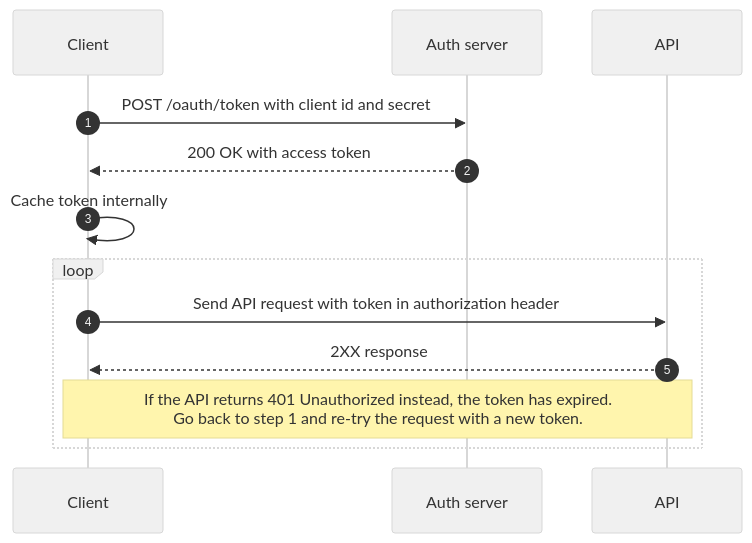
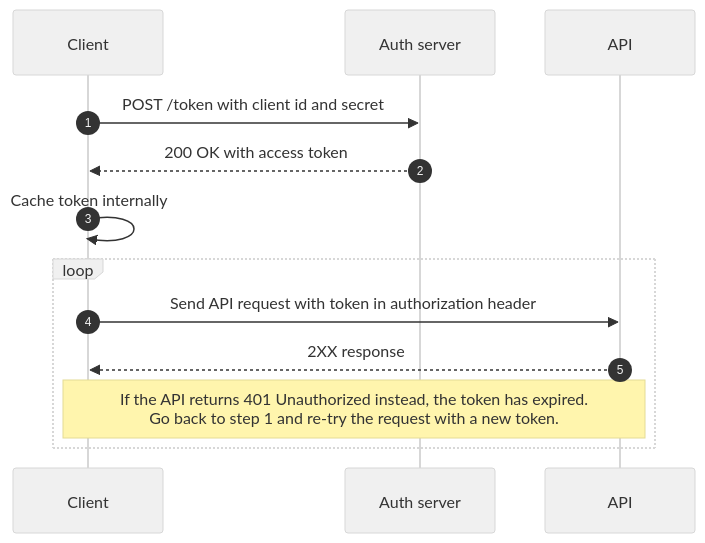
Before and after one commit to cultuurnet/apidocs: the diagram in projects/authentication/docs/client-access-token.md, drawn with Mermaid. The commit also changed other lines of this file and 1 other file, not shown here.

Commit message:
PK-41 replace Auth0 with Keycloak in client credential flow documentation

````diff
--- a/projects/authentication/docs/client-access-token.md
+++ b/projects/authentication/docs/client-access-token.md
@@ -23,13 +23,13 @@
 ```mermaid
 %%{init: {'theme':'base', 'themeVariables': { 'primaryColor': '#f0f0f0', 'fontFamily': 'Helvetica' }, 'sequence': { 'actorFontFamily': 'Helvetica', 'noteFontFamily': 'Helvetica', 'messageFontFamily': 'Helvetica' } }}%%
 sequenceDiagram
     autonumber
-    Client->>Auth server: POST /oauth/token with client id and secret
+    Client->>Auth server: POST /token with client id and secret
     Auth server-->>Client: 200 OK with access token
     Client->>Client: Cache token internally
     loop
         Client->>API: Send API request with token in authorization header
         API-->>Client: 2XX response
         note over API,Client: If the API returns 401 Unauthorized instead, the token has expired.<br />Go back to step 1 and re-try the request with a new token.
     end
 ```
````
